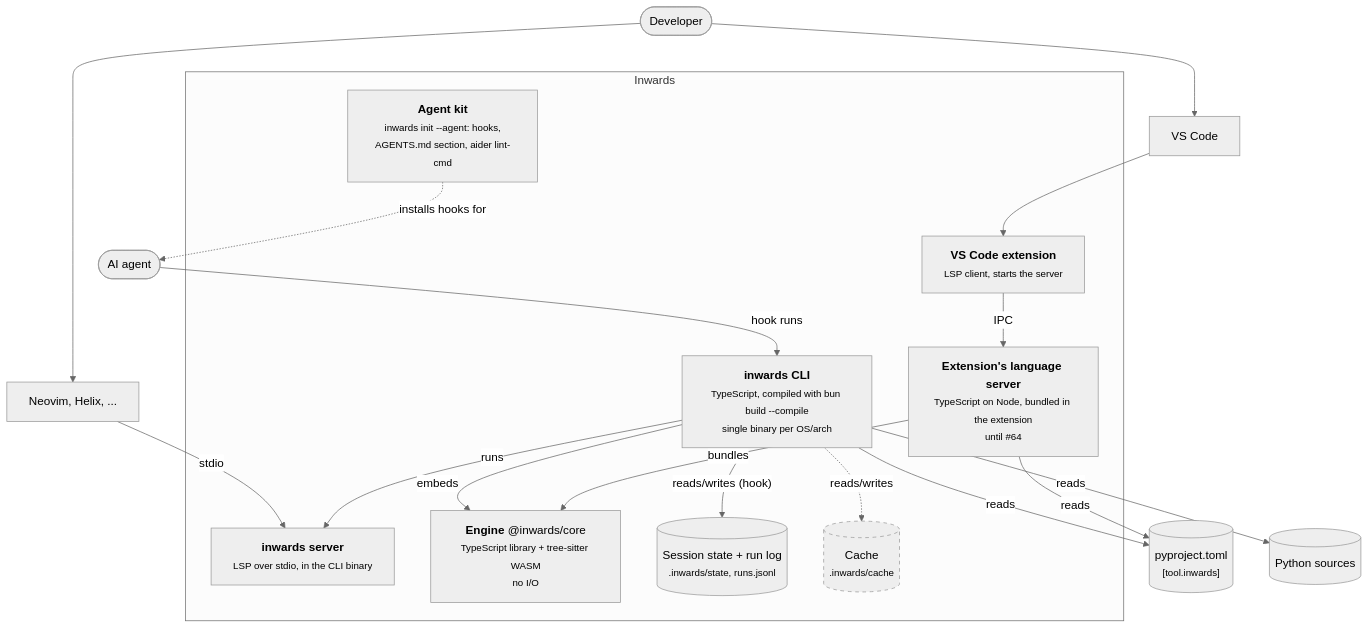
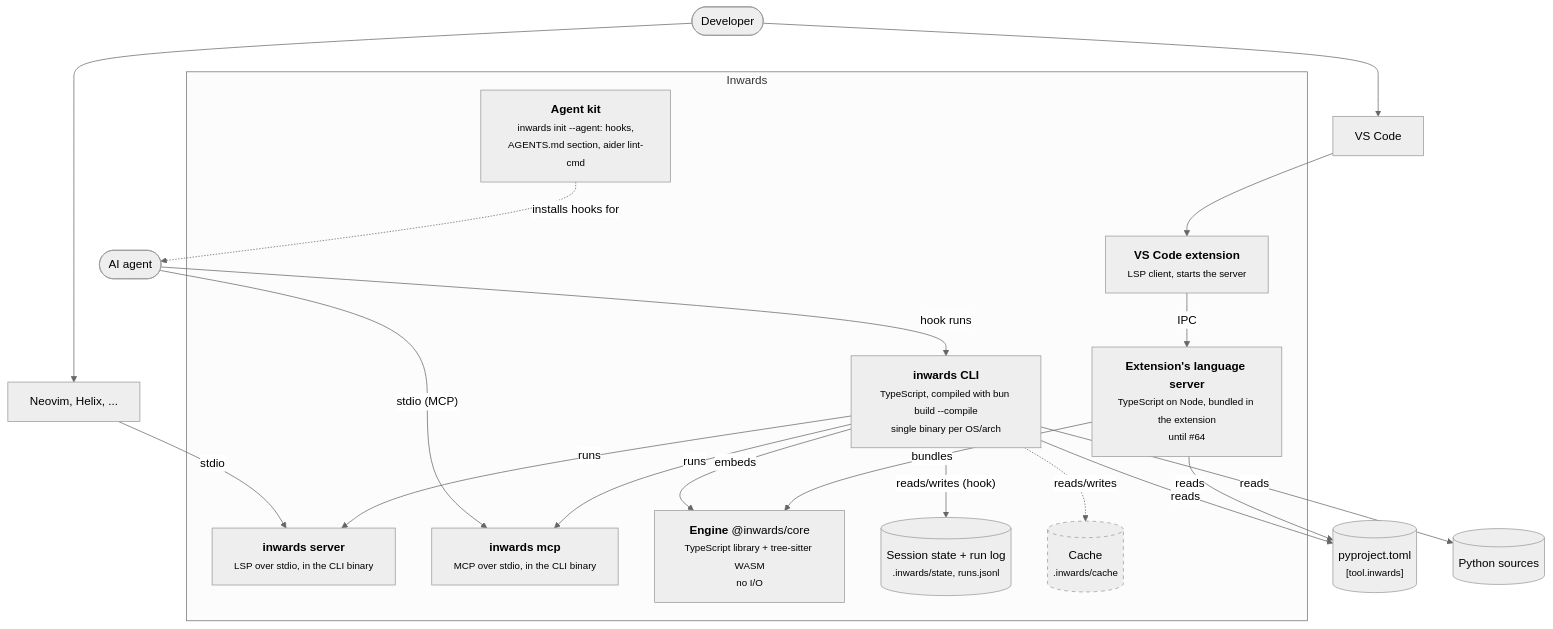
The second of 6 diagrams in docs/chapters/03-Architecture-C4.md (SirCypkowskyy/inwards), drawn with Mermaid (neutral theme) before and after one commit. The commit also changed other lines of this file and 44 other files, not shown here.

First line of the commit message:
feat(cli): add `inwards mcp`, an MCP server with check_files, explain_rule and where_should_this_go

````diff
--- a/docs/chapters/03-Architecture-C4.md
+++ b/docs/chapters/03-Architecture-C4.md
@@ -46,37 +47,40 @@
 ```mermaid
 flowchart TB
     agent(["AI agent"])
     dev(["Developer"])
 
     subgraph dist["Inwards"]
         cli["<b>inwards CLI</b><br/><small>TypeScript, compiled with bun build --compile<br/>single binary per OS/arch</small>"]
         server["<b>inwards server</b><br/><small>LSP over stdio, in the CLI binary</small>"]
+        mcp["<b>inwards mcp</b><br/><small>MCP over stdio, in the CLI binary</small>"]
         lsp["<b>Extension's language server</b><br/><small>TypeScript on Node, bundled in the extension<br/>until #64</small>"]
         ext["<b>VS Code extension</b><br/><small>LSP client, starts the server</small>"]
         core["<b>Engine</b> @inwards/core<br/><small>TypeScript library + tree-sitter WASM<br/>no I/O</small>"]
         hooks["<b>Agent kit</b><br/><small>inwards init --agent: hooks,<br/>AGENTS.md section, aider lint-cmd</small>"]
         state[("Session state + run log<br/><small>.inwards/state, runs.jsonl</small>")]
         cache[("Cache<br/><small>.inwards/cache</small>")]
     end
 
     config[("pyproject.toml<br/><small>[tool.inwards]</small>")]
     src[("Python sources")]
     vscode["VS Code"]
     other["Neovim, Helix, ..."]
 
     agent -- "hook runs" --> cli
     hooks -. "installs hooks for" .-> agent
     dev --> vscode --> ext -- "IPC" --> lsp
     dev --> other -- "stdio" --> server
     cli -- "runs" --> server
+    agent -- "stdio (MCP)" --> mcp
+    cli -- "runs" --> mcp
     cli -- "embeds" --> core
     lsp -- "bundles" --> core
     cli -- "reads" --> config
     cli -- "reads" --> src
     lsp -- "reads" --> config
     cli -- "reads/writes (hook)" --> state
     cli -. "reads/writes" .-> cache
 
     classDef planned stroke-dasharray:5 5
     class cache planned
 ```
````
